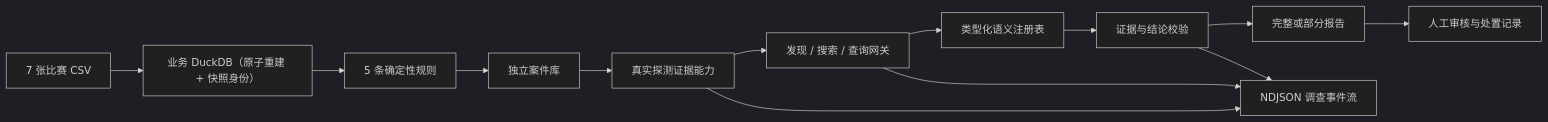
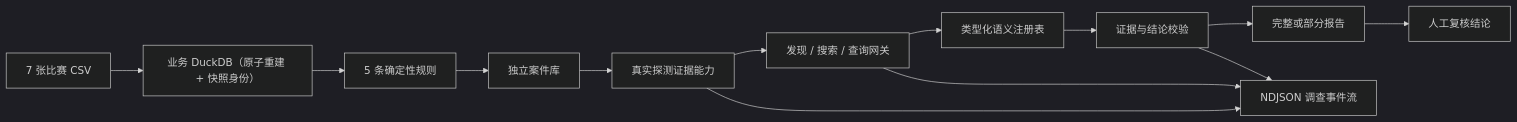
One commit to XiLongChong/ict-agent changed the diagram in docs/technical-solution.md. Above: the diagram before and after it, drawn with Mermaid (dark theme). The commit also changed other lines of this file and 22 other files, not shown here.

````diff
--- a/docs/technical-solution.md
+++ b/docs/technical-solution.md
@@ -9,15 +9,15 @@
 ```mermaid
 flowchart LR
     CSV["7 张比赛 CSV"] --> DB["业务 DuckDB（原子重建 + 快照身份）"]
     DB --> RULE["5 条确定性规则"]
     RULE --> CASE["独立案件库"]
     CASE --> CATALOG["真实探测证据能力"]
     CATALOG --> GATEWAY["发现 / 搜索 / 查询网关"]
     GATEWAY --> TOOLS["类型化语义注册表"]
     TOOLS --> VALIDATE["证据与结论校验"]
     VALIDATE --> REPORT["完整或部分报告"]
-    REPORT --> REVIEW["人工审核与处置记录"]
+    REPORT --> REVIEW["人工复核结论"]
     CATALOG --> STREAM["NDJSON 调查事件流"]
     GATEWAY --> STREAM
     VALIDATE --> STREAM
 ```
````
